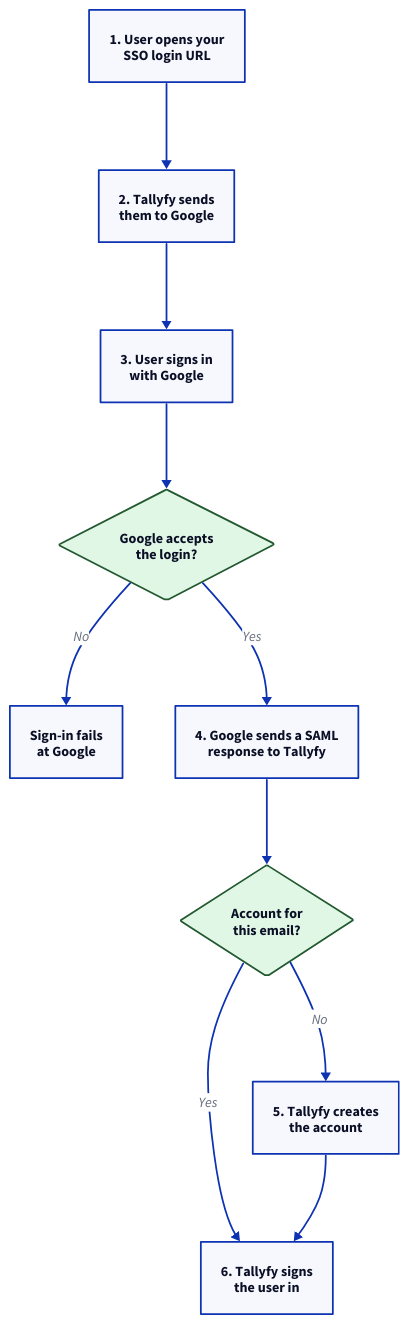
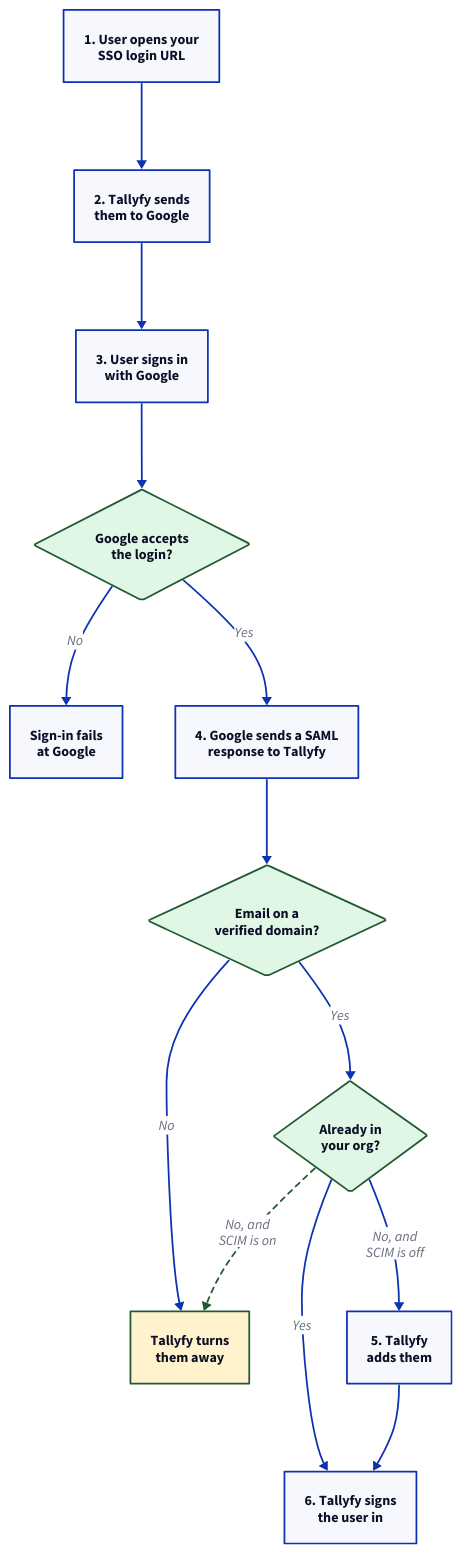
The diagram in src/content/docs/pro/integrations/authentication/how-to-integrate-google-suite-samlsso-with-tallyfy.mdx (tallyfy/documentation), drawn with D2 before and after one commit. The commit also changed other lines of this file and 11 other files, not shown here.

````diff
--- a/src/content/docs/pro/integrations/authentication/how-to-integrate-google-suite-samlsso-with-tallyfy.mdx
+++ b/src/content/docs/pro/integrations/authentication/how-to-integrate-google-suite-samlsso-with-tallyfy.mdx
@@ -135,30 +135,45 @@
 ```d2
 # Google Workspace SSO sign-in flow
 direction: down
 
 Open: "1. User opens your\nSSO login URL"
 Redirect: "2. Tallyfy sends\nthem to Google"
 Login: "3. User signs in\nwith Google"
 OK: "Google accepts\nthe login?" {
   shape: diamond
   style.fill: "#e1f7e6"
   style.stroke: "#225930"
 }
 Fail: "Sign-in fails\nat Google"
 Back: "4. Google sends a SAML\nresponse to Tallyfy"
-Exists: "Account for\nthis email?" {
+Domain: "Email on a\nverified domain?" {
   shape: diamond
   style.fill: "#e1f7e6"
   style.stroke: "#225930"
 }
-Create: "5. Tallyfy creates\nthe account"
+Away: "Tallyfy turns\nthem away" {
+  style.fill: "#fff3cd"
+  style.stroke: "#225930"
+}
+Exists: "Already in\nyour org?" {
+  shape: diamond
+  style.fill: "#e1f7e6"
+  style.stroke: "#225930"
+}
+Create: "5. Tallyfy\nadds them"
 SignIn: "6. Tallyfy signs\nthe user in"
 
 Open -> Redirect -> Login -> OK
 OK -> Fail: No
 OK -> Back: Yes
-Back -> Exists
-Exists -> Create: No
+Back -> Domain
+Domain -> Away: No
+Domain -> Exists: Yes
+Exists -> Create: "No, and\nSCIM is off"
+Exists -> Away: "No, and\nSCIM is on" {
+  style.stroke: "#225930"
+  style.stroke-dash: 3
+}
 Exists -> SignIn: Yes
 Create -> SignIn
 ```
````
